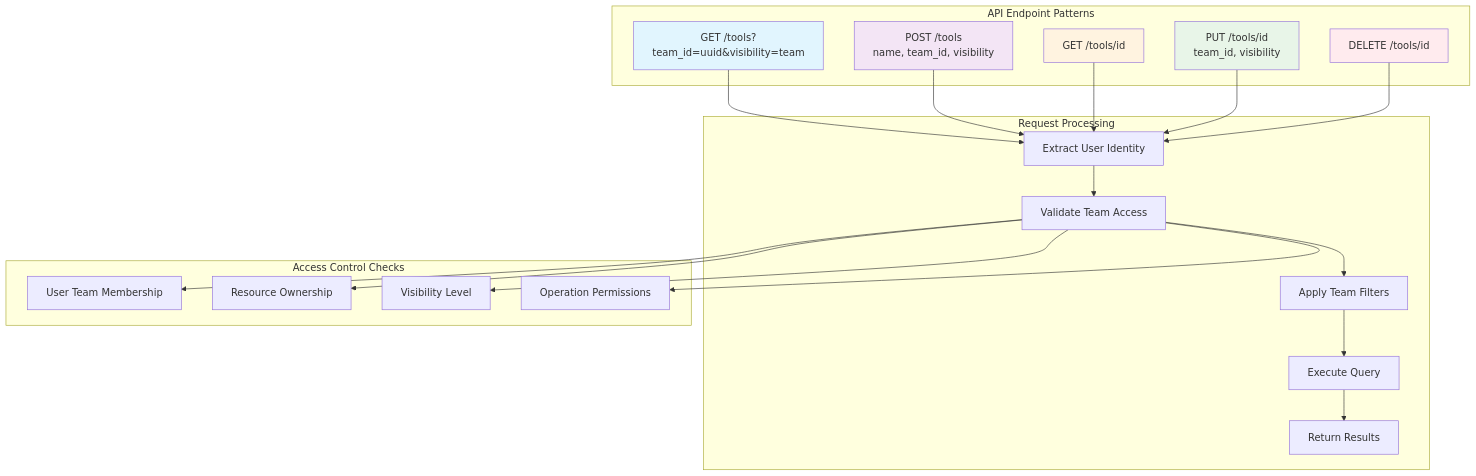
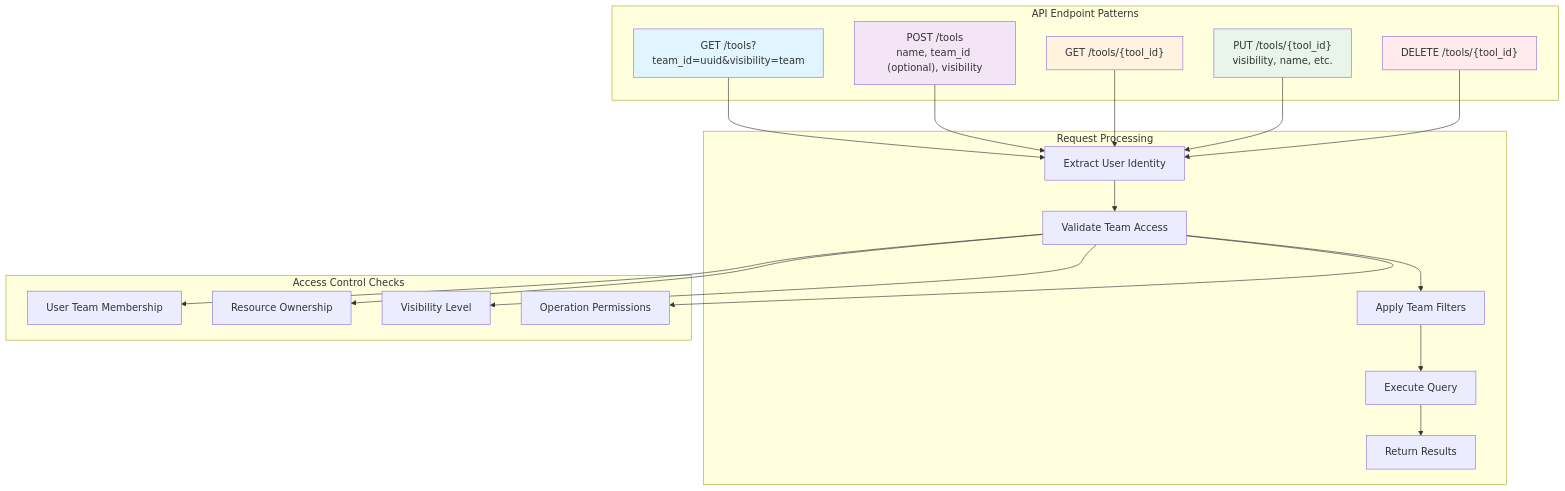
Diagram 14 of 16 in docs/docs/architecture/multitenancy.md (tedhabeck/mcp-context-forge), drawn with Mermaid before and after one commit. The commit also changed other lines of this file and 147 other files, not shown here.

First line of the commit message:
docs: refresh docs formatting, links, and diagrams (#2624)

````diff
--- a/docs/docs/architecture/multitenancy.md
+++ b/docs/docs/architecture/multitenancy.md
@@ -944,43 +962,43 @@
 ```mermaid
 flowchart TD
     subgraph "API Endpoint Patterns"
         A["GET /tools?team_id=uuid&visibility=team"]
         B["POST /tools
-name, team_id, visibility"]
-        C["GET /tools/id"]
-        D["PUT /tools/id
-team_id, visibility"]
-        E["DELETE /tools/id"]
+name, team_id (optional), visibility"]
+        C["GET /tools/{tool_id}"]
+        D["PUT /tools/{tool_id}
+visibility, name, etc."]
+        E["DELETE /tools/{tool_id}"]
     end
 
     subgraph "Request Processing"
         F[Extract User Identity] --> G[Validate Team Access]
         G --> H[Apply Team Filters]
         H --> I[Execute Query]
         I --> J[Return Results]
     end
 
     subgraph "Access Control Checks"
         K[User Team Membership]
         L[Resource Ownership]
         M[Visibility Level]
         N[Operation Permissions]
     end
 
     A --> F
     B --> F
     C --> F
     D --> F
     E --> F
 
     G --> K
     G --> L
     G --> M
     G --> N
 
     style A fill:#e1f5fe
     style B fill:#f3e5f5
     style C fill:#fff3e0
     style D fill:#e8f5e8
     style E fill:#ffebee
 ```
````
